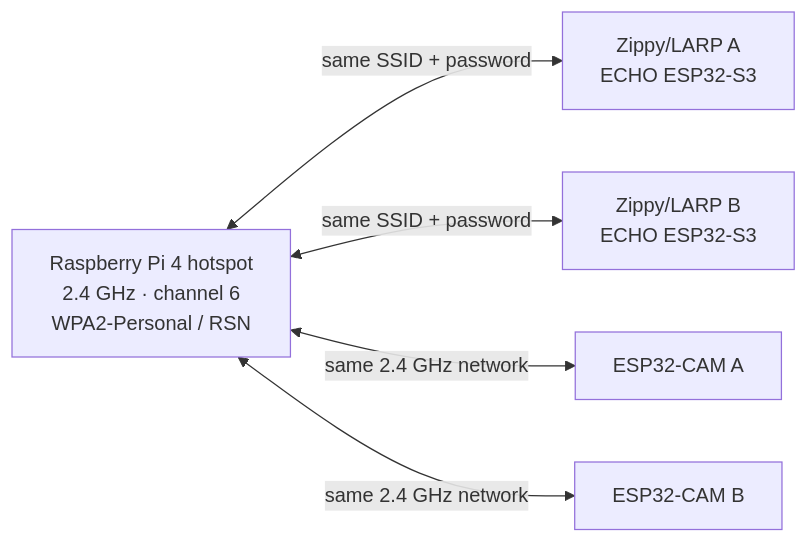
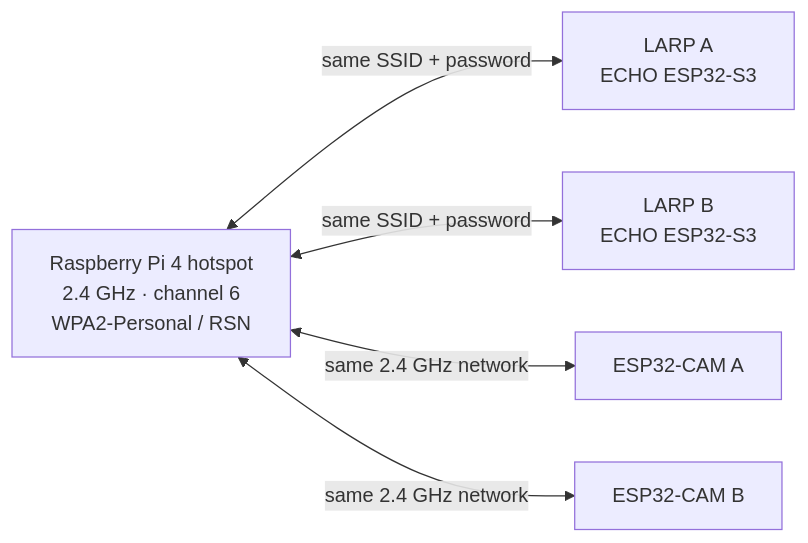
One commit to william-thompsonthe1st/STEM-Research-Academy changed the second of 9 diagrams in README.md. Above: the diagram before and after it, drawn with Mermaid. The commit also changed other lines of this file, not shown here.

Commit message:
docs: add 3TSAHUR and LARP mission naming

````diff
--- a/README.md
+++ b/README.md
@@ -52,7 +61,7 @@
 ```mermaid
 flowchart LR
-    PI["Raspberry Pi 4 hotspot\n2.4 GHz · channel 6\nWPA2-Personal / RSN"] <-->|"same SSID + password"| ZA["Zippy/LARP A\nECHO ESP32-S3"]
-    PI <-->|"same SSID + password"| ZB["Zippy/LARP B\nECHO ESP32-S3"]
+    PI["Raspberry Pi 4 hotspot\n2.4 GHz · channel 6\nWPA2-Personal / RSN"] <-->|"same SSID + password"| LA["LARP A\nECHO ESP32-S3"]
+    PI <-->|"same SSID + password"| LB["LARP B\nECHO ESP32-S3"]
     PI <-->|"same 2.4 GHz network"| CA["ESP32-CAM A"]
     PI <-->|"same 2.4 GHz network"| CB["ESP32-CAM B"]
 ```
````
